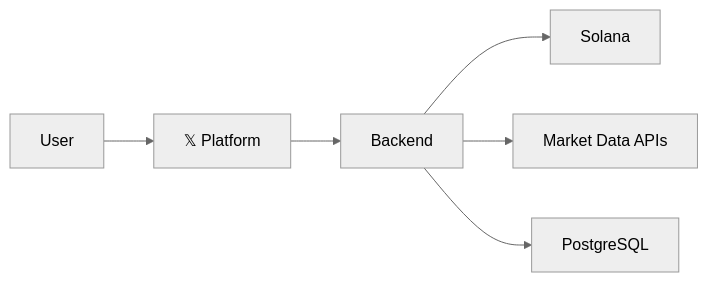
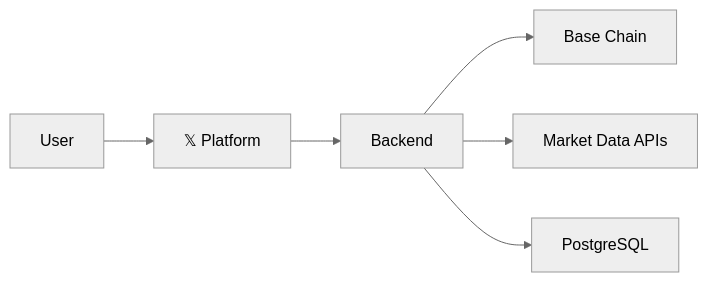
Before and after one commit to moltcook/.github: the first of 2 diagrams in READme.md, drawn with Mermaid (neutral theme). The commit also changed other lines of this file, not shown here.

````diff
--- a/READme.md
+++ b/READme.md
@@ -39,8 +39,8 @@
 ```mermaid
 flowchart LR
     User --> X[𝕏 Platform]
     X --> Backend
-    Backend --> Solana
+    Backend --> Base[Base Chain]
     Backend --> MarketData[Market Data APIs]
     Backend --> PostgreSQL
 ```
````
